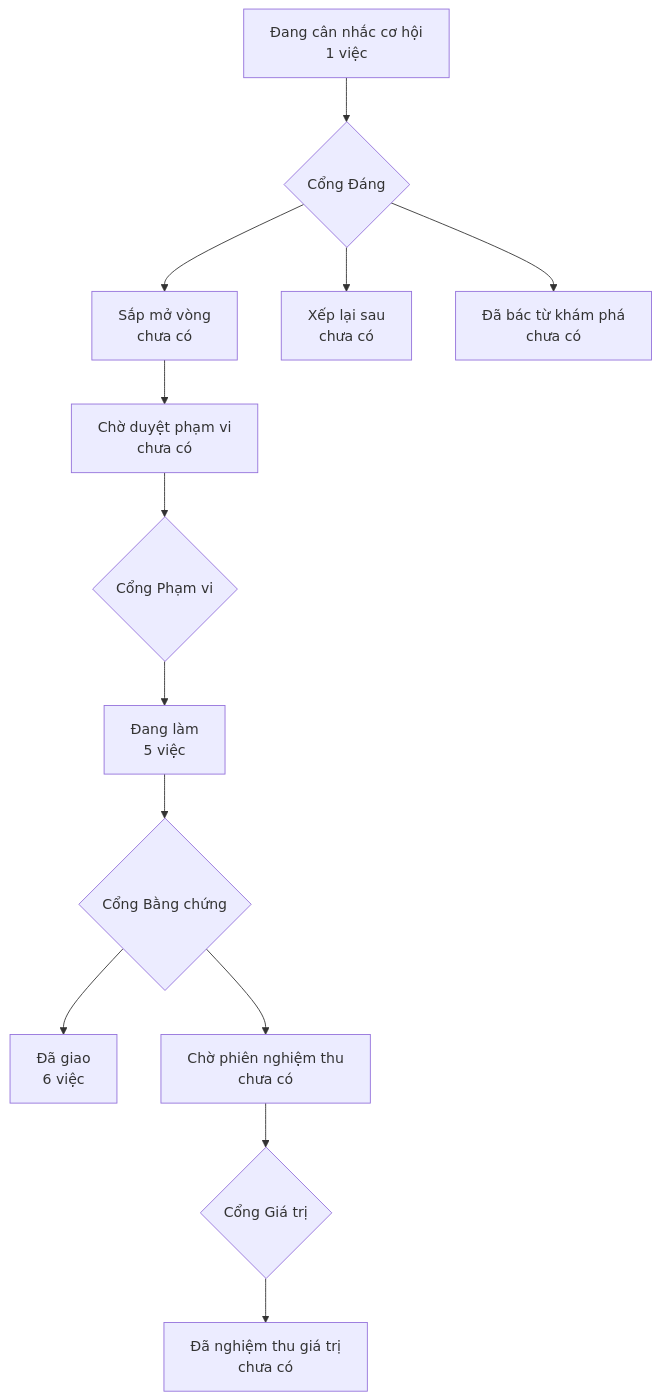
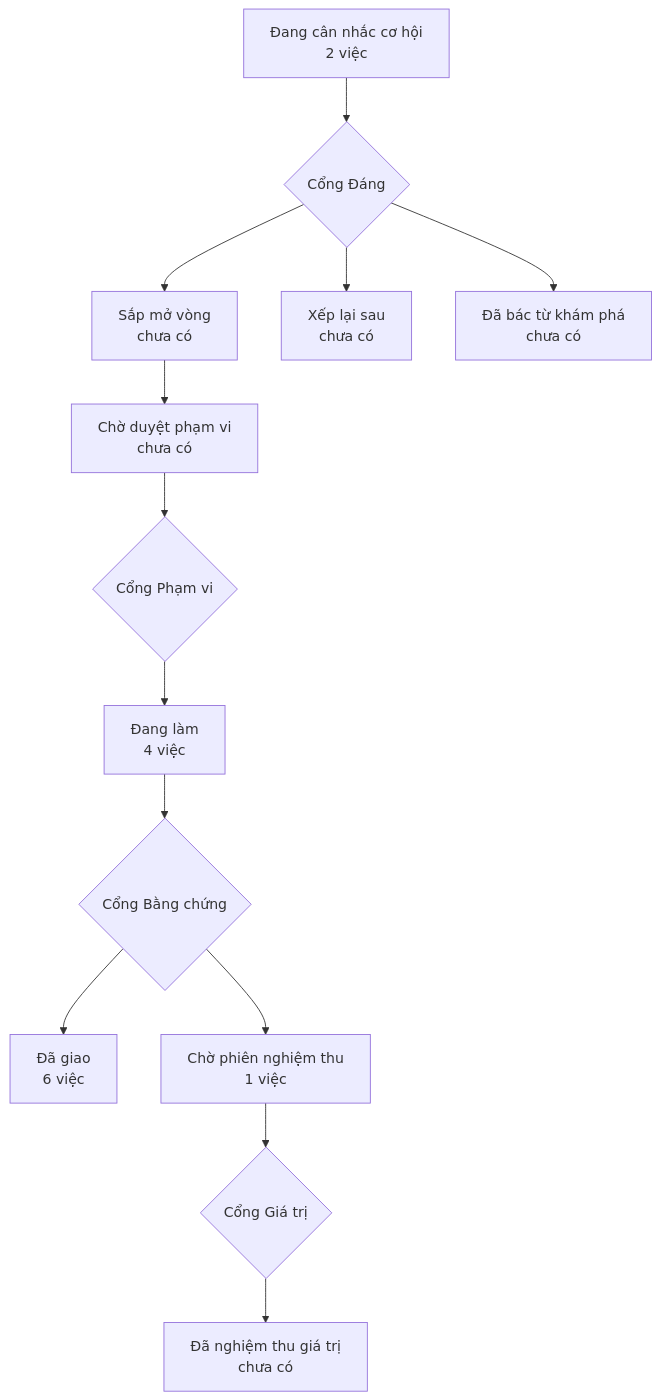
Before and after one commit to phanlemanh/crm-onehub: the diagram in PRODUCT-MAP.md, drawn with Mermaid. The commit also changed other lines of this file and 4 other files, not shown here.

````diff
--- a/PRODUCT-MAP.md
+++ b/PRODUCT-MAP.md
@@ -6,12 +6,12 @@
 ```mermaid
 flowchart TD
-  A["Đang cân nhắc cơ hội<br/>1 việc"] --> GD{"Cổng Đáng"}
+  A["Đang cân nhắc cơ hội<br/>2 việc"] --> GD{"Cổng Đáng"}
   GD --> B["Sắp mở vòng<br/>chưa có"]
   GD --> XL["Xếp lại sau<br/>chưa có"]
   GD --> DB["Đã bác từ khám phá<br/>chưa có"]
   B --> CD["Chờ duyệt phạm vi<br/>chưa có"] --> GP{"Cổng Phạm vi"}
-  GP --> DL["Đang làm<br/>5 việc"] --> GB{"Cổng Bằng chứng"}
+  GP --> DL["Đang làm<br/>4 việc"] --> GB{"Cổng Bằng chứng"}
   GB --> DG["Đã giao<br/>6 việc"]
-  GB --> CN["Chờ phiên nghiệm thu<br/>chưa có"] --> GG{"Cổng Giá trị"}
+  GB --> CN["Chờ phiên nghiệm thu<br/>1 việc"] --> GG{"Cổng Giá trị"}
   GG --> NT["Đã nghiệm thu giá trị<br/>chưa có"]
 ```
````
